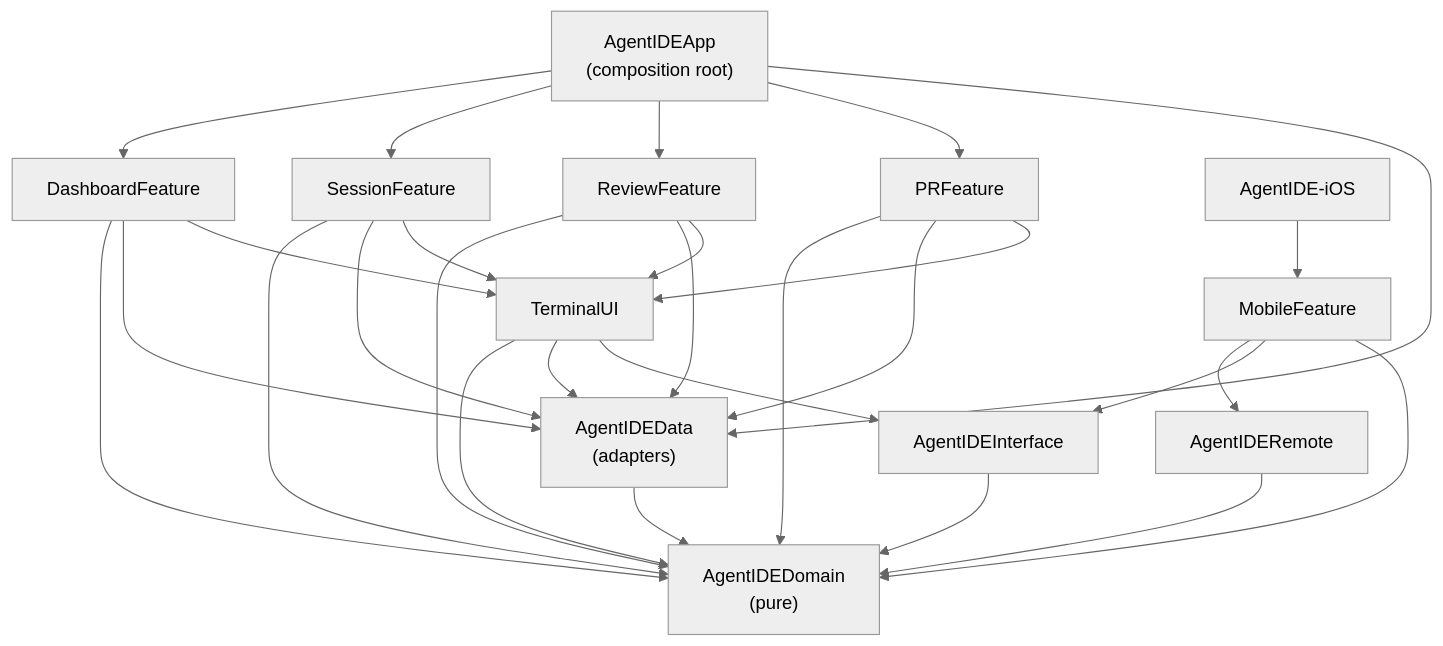
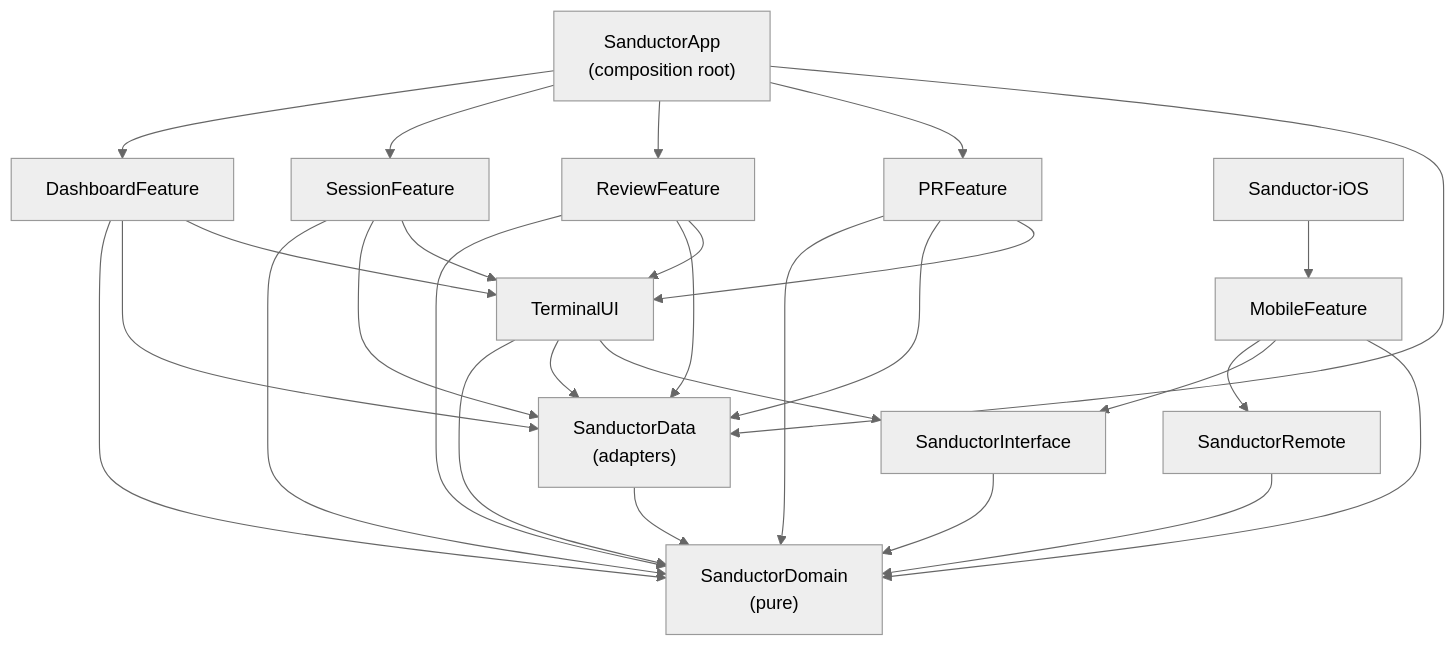
Before and after one commit to MikeMcQuaid/AgentIDE: the second of 2 diagrams in ARCHITECTURE.md, drawn with Mermaid (neutral theme). The commit also changed other lines of this file and 1135 other files, not shown here.

First line of the commit message:
Rename AgentIDE to Sanductor

````diff
--- a/ARCHITECTURE.md
+++ b/ARCHITECTURE.md
@@ -429,23 +450,23 @@
 ```mermaid
 flowchart TD
-    App["AgentIDEApp<br/>(composition root)"]
+    App["SanductorApp<br/>(composition root)"]
     Dashboard["DashboardFeature"]
     Session["SessionFeature"]
     Review["ReviewFeature"]
     PR["PRFeature"]
     Terminal["TerminalUI"]
-    Data["AgentIDEData<br/>(adapters)"]
-    Domain["AgentIDEDomain<br/>(pure)"]
-    Phone["AgentIDE-iOS"]
+    Data["SanductorData<br/>(adapters)"]
+    Domain["SanductorDomain<br/>(pure)"]
+    Phone["Sanductor-iOS"]
     Mobile["MobileFeature"]
-    Remote["AgentIDERemote"]
-    Interface["AgentIDEInterface"]
+    Remote["SanductorRemote"]
+    Interface["SanductorInterface"]
 
     App --> Dashboard & Session & Review & PR & Data
     Dashboard & Session & Review & PR --> Domain & Data & Terminal
     Phone --> Mobile
     Mobile --> Remote & Interface & Domain
     Remote & Interface --> Domain
     Terminal --> Domain & Data & Interface
     Data --> Domain
 ```
````
